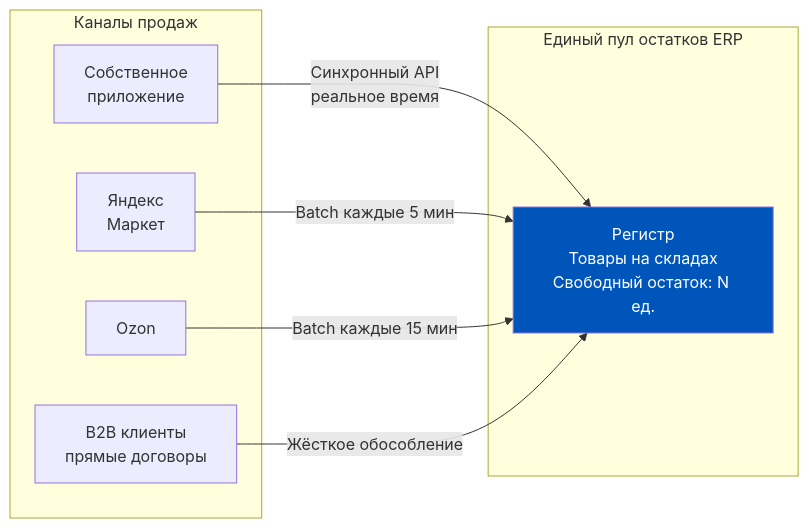
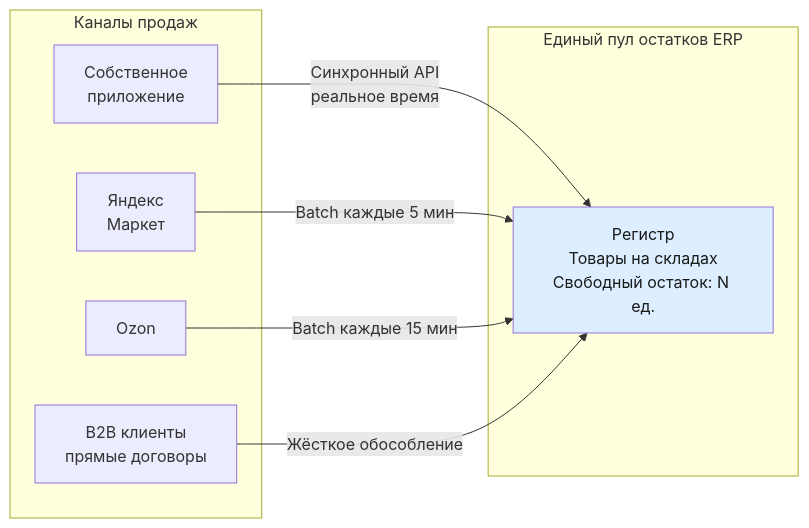
One commit to murad1986/1c-erp-quartz changed the fifth of 7 diagrams in content/1c-erp/week_6/Неделя 6 - День 1 - Логика резервирования.md. Above: the diagram before and after it, drawn with Mermaid. The commit also changed other lines of this file and 57 other files, not shown here.

First line of the commit message:
fix: Mermaid — пастельные цвета в источниках диаграмм (56 файлов)

````diff
--- a/content/1c-erp/week_6/Неделя 6 - День 1 - Логика резервирования.md
+++ b/content/1c-erp/week_6/Неделя 6 - День 1 - Логика резервирования.md
@@ -303,20 +303,20 @@
 ```mermaid
 flowchart LR
     subgraph Каналы продаж
         APP[Собственное<br/>приложение]
         YM[Яндекс<br/>Маркет]
         OZ[Ozon]
         B2B[B2B клиенты<br/>прямые договоры]
     end
 
     subgraph Единый пул остатков ERP
         REG[Регистр<br/>Товары на складах<br/>Свободный остаток: N ед.]
     end
 
     APP -->|Синхронный API<br/>реальное время| REG
     YM -->|Batch каждые 5 мин| REG
     OZ -->|Batch каждые 15 мин| REG
     B2B -->|Жёсткое обособление| REG
 
-    style REG fill:#0055BB,color:#fff
+    style REG fill:#dceeff,color:#1a1a1a
 ```
````
